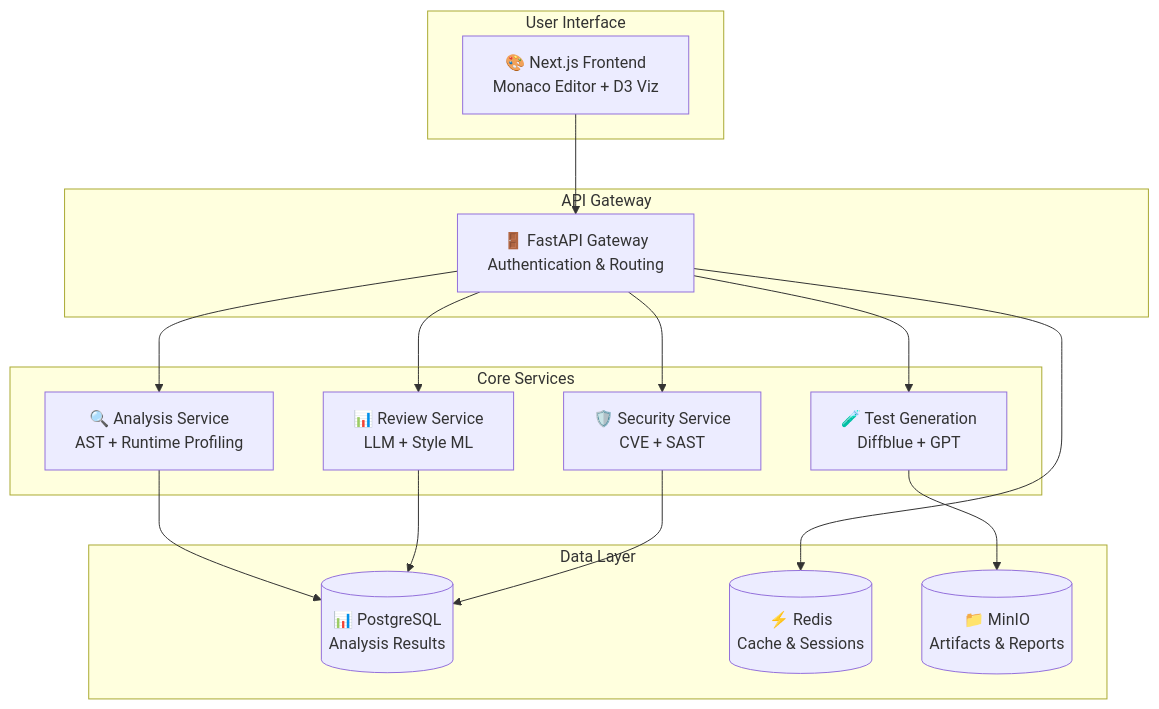
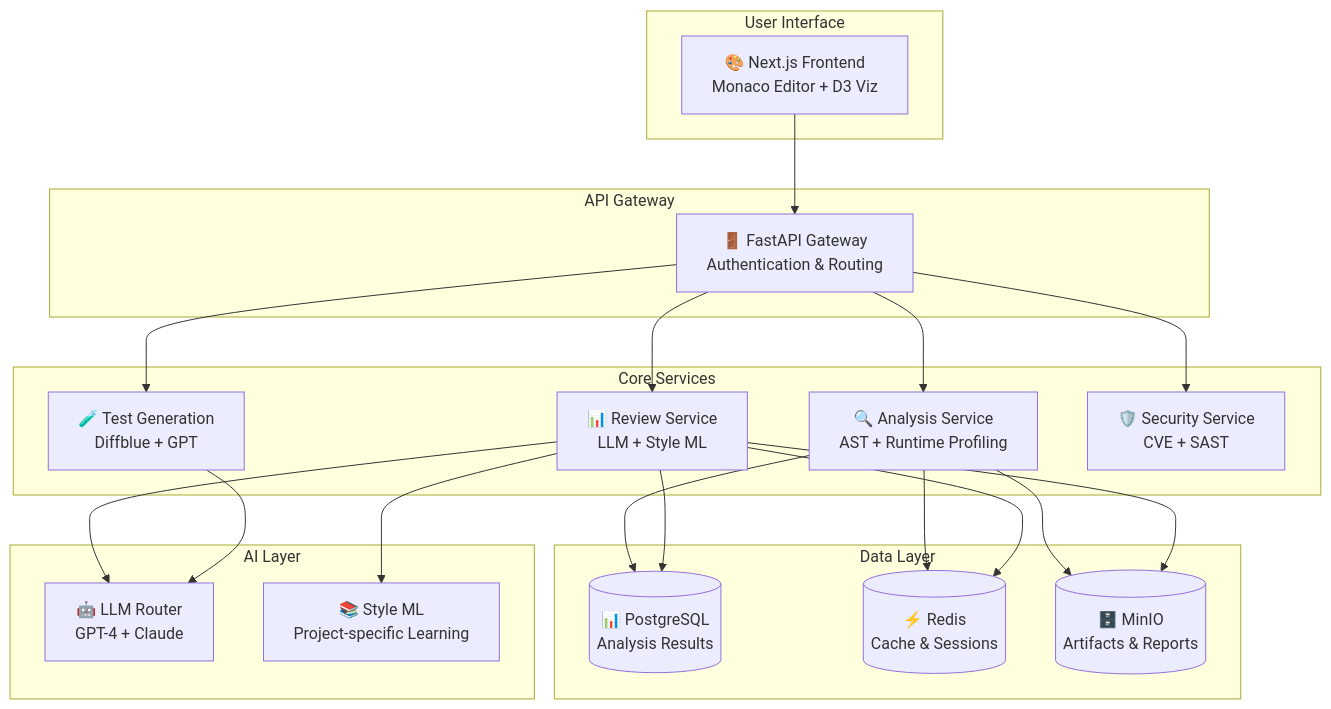
One commit to Cyril-36/Codie changed the diagram in README.md. Above: the diagram before and after it, drawn with Mermaid. The commit also changed other lines of this file, not shown here.

````diff
--- a/README.md
+++ b/README.md
@@ -24,34 +27,46 @@
 ```mermaid
 graph TB
     subgraph "User Interface"
         UI["🎨 Next.js Frontend<br/>Monaco Editor + D3 Viz"]
     end
     
     subgraph "API Gateway"
         GW["🚪 FastAPI Gateway<br/>Authentication & Routing"]
     end
     
     subgraph "Core Services"
         AS["🔍 Analysis Service<br/>AST + Runtime Profiling"]
         RS["📊 Review Service<br/>LLM + Style ML"]
         TS["🧪 Test Generation<br/>Diffblue + GPT"]
         SS["🛡️ Security Service<br/>CVE + SAST"]
     end
     
     subgraph "Data Layer"
         PG[("📊 PostgreSQL<br/>Analysis Results")]
         RD[("⚡ Redis<br/>Cache & Sessions")]
-        MO[("📁 MinIO<br/>Artifacts & Reports")]
+        MC[("🗄️ MinIO<br/>Artifacts & Reports")]
+    end
+    
+    subgraph "AI Layer"
+        LLM["🤖 LLM Router<br/>GPT-4 + Claude"]
+        ML["📚 Style ML<br/>Project-specific Learning"]
     end
     
     UI --> GW
     GW --> AS
     GW --> RS
     GW --> TS
     GW --> SS
+    
     AS --> PG
     RS --> PG
-    TS --> MO
-    SS --> PG
-    GW --> RD
+    RS --> LLM
+    RS --> ML
+    TS --> LLM
+    
+    AS --> RD
+    RS --> RD
+    
+    AS --> MC
+    RS --> MC
 ```
````
